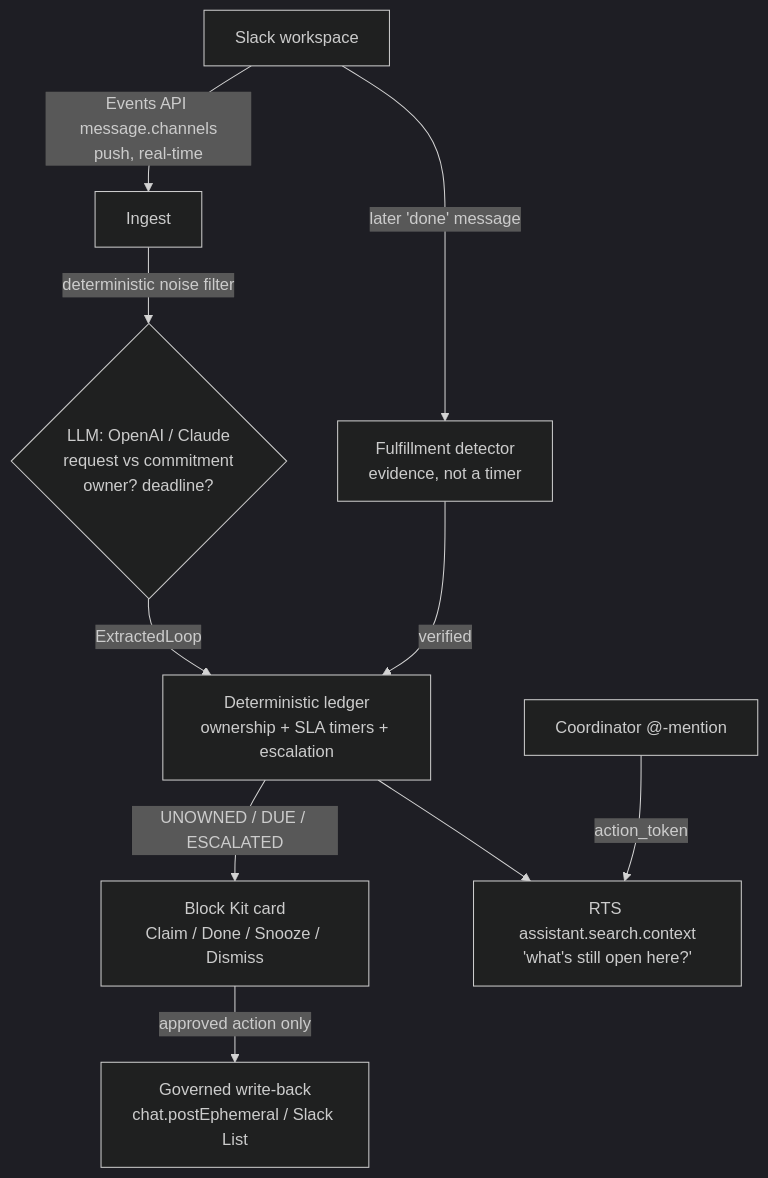
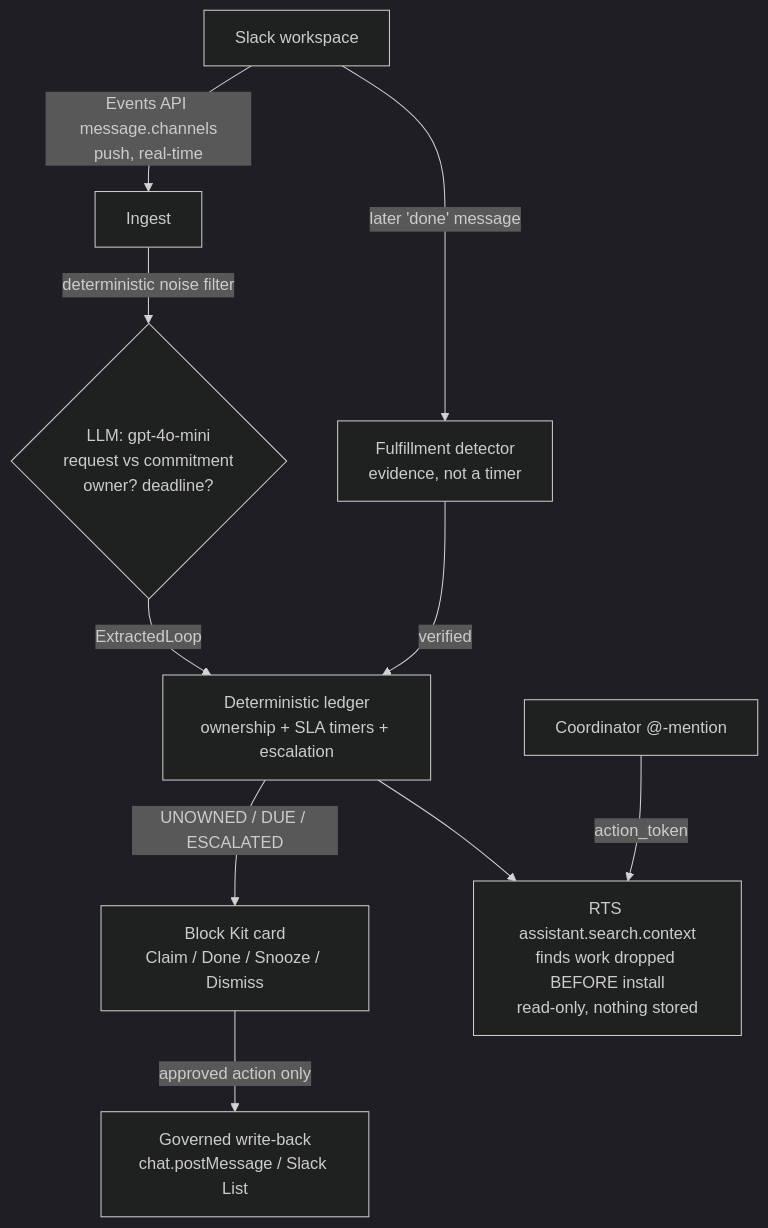
One commit to JonathanSolvesProblems/loose-ends changed the diagram in README.md. Above: the diagram before and after it, drawn with Mermaid (dark theme). The commit also changed other lines of this file and 5 other files, not shown here.

````diff
--- a/README.md
+++ b/README.md
@@ -92,12 +92,12 @@
 ```mermaid
 flowchart TD
     A[Slack workspace] -->|Events API message.channels<br/>push, real-time| B[Ingest]
-    B -->|deterministic noise filter| C{LLM: OpenAI / Claude<br/>request vs commitment<br/>owner? deadline?}
+    B -->|deterministic noise filter| C{LLM: gpt-4o-mini<br/>request vs commitment<br/>owner? deadline?}
     C -->|ExtractedLoop| D[Deterministic ledger<br/>ownership + SLA timers + escalation]
     D -->|UNOWNED / DUE / ESCALATED| E[Block Kit card<br/>Claim / Done / Snooze / Dismiss]
-    E -->|approved action only| F[Governed write-back<br/>chat.postEphemeral / Slack List]
+    E -->|approved action only| F[Governed write-back<br/>chat.postMessage / Slack List]
     A -->|later 'done' message| G[Fulfillment detector<br/>evidence, not a timer]
     G -->|verified| D
-    H[Coordinator @-mention] -->|action_token| I[RTS assistant.search.context<br/>'what's still open here?']
+    H[Coordinator @-mention] -->|action_token| I[RTS assistant.search.context<br/>finds work dropped BEFORE install<br/>read-only, nothing stored]
     D --> I
 ```
````
